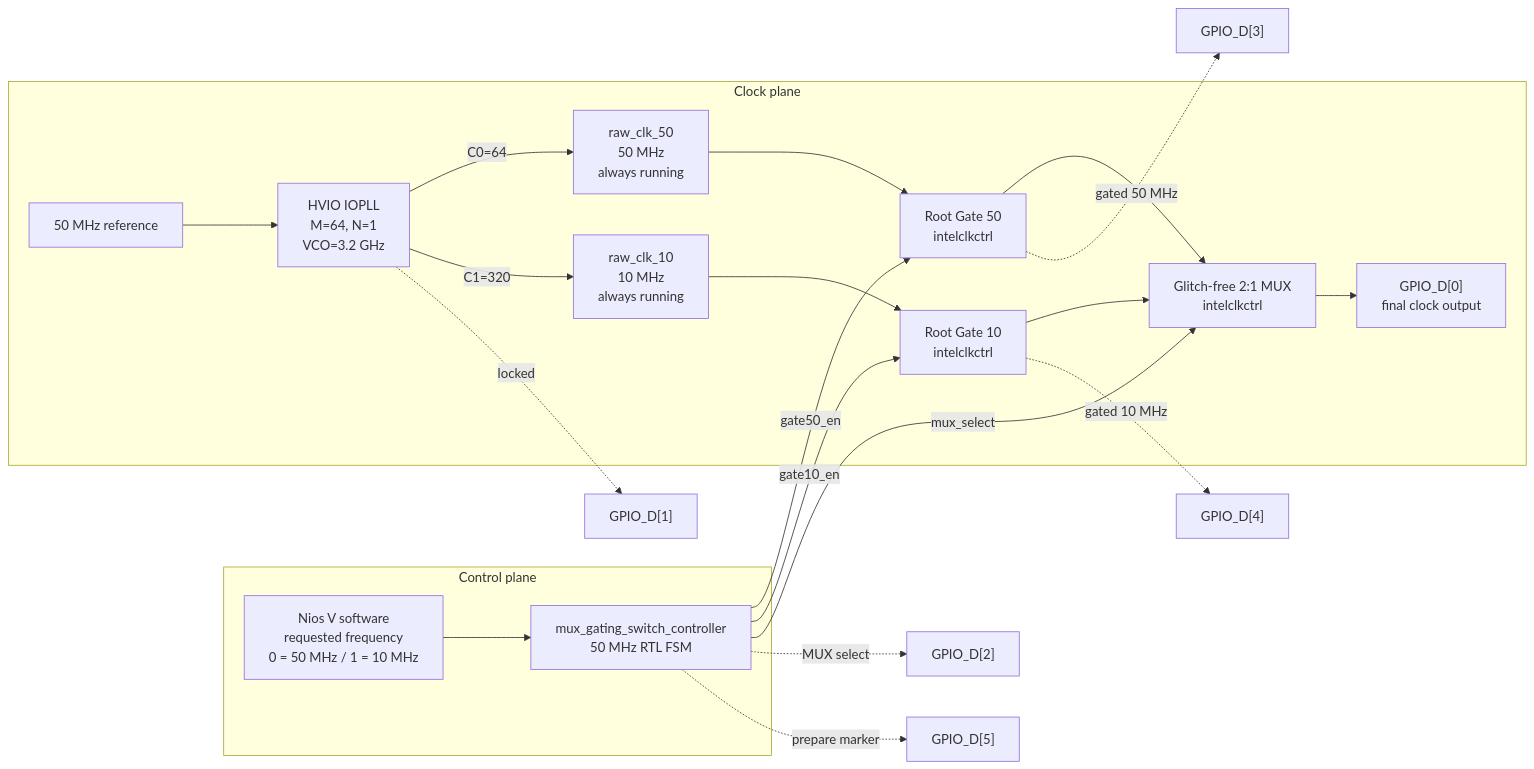
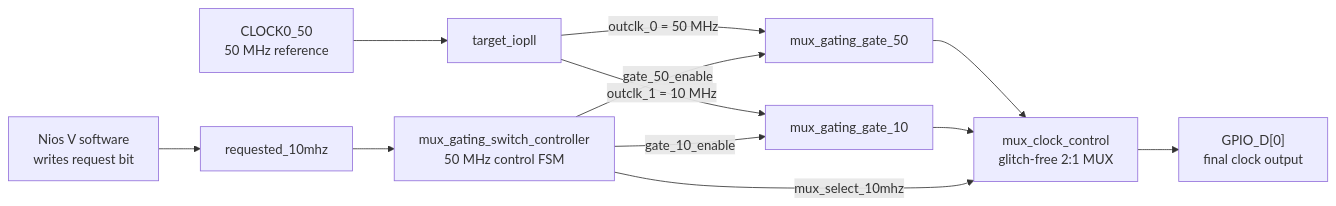
One commit to Jiayhocoding/iopll_niosv_50_10_mux_gating changed the first of 4 diagrams in README.md. Above: the diagram before and after it, drawn with Mermaid. The commit also changed other lines of this file, not shown here.

Commit message:
docs: realign README with current mux gating implementation

````diff
--- a/README.md
+++ b/README.md
@@ -44,29 +13,18 @@
 ```mermaid
 flowchart LR
-    subgraph CP["Control plane"]
-        SW["Nios V software<br/>requested frequency<br/>0 = 50 MHz / 1 = 10 MHz"]
-        FSM["mux_gating_switch_controller<br/>50 MHz RTL FSM"]
-        SW --> FSM
-    end
+    SW["Nios V software<br/>writes request bit"] --> REQ["requested_10mhz"]
+    REQ --> FSM["mux_gating_switch_controller<br/>50 MHz control FSM"]
 
-    subgraph KP["Clock plane"]
-        REF["50 MHz reference"] --> PLL["HVIO IOPLL<br/>M=64, N=1<br/>VCO=3.2 GHz"]
-        PLL -->|"C0=64"| RAW50["raw_clk_50<br/>50 MHz<br/>always running"]
-        PLL -->|"C1=320"| RAW10["raw_clk_10<br/>10 MHz<br/>always running"]
-        RAW50 --> G50["Root Gate 50<br/>intelclkctrl"]
-        RAW10 --> G10["Root Gate 10<br/>intelclkctrl"]
-        G50 --> MUX["Glitch-free 2:1 MUX<br/>intelclkctrl"]
-        G10 --> MUX
-        MUX --> OUT["GPIO_D[0]<br/>final clock output"]
-    end
+    REF["CLOCK0_50<br/>50 MHz reference"] --> PLL["target_iopll"]
+    PLL -->|"outclk_0 = 50 MHz"| G50["mux_gating_gate_50"]
+    PLL -->|"outclk_1 = 10 MHz"| G10["mux_gating_gate_10"]
 
-    FSM -->|"gate50_en"| G50
-    FSM -->|"gate10_en"| G10
-    FSM -->|"mux_select"| MUX
+    FSM -->|"gate_50_enable"| G50
+    FSM -->|"gate_10_enable"| G10
 
-    PLL -. "locked" .-> LOCK["GPIO_D[1]"]
-    FSM -. "MUX select" .-> SEL["GPIO_D[2]"]
-    G50 -. "gated 50 MHz" .-> D3["GPIO_D[3]"]
-    G10 -. "gated 10 MHz" .-> D4["GPIO_D[4]"]
-    FSM -. "prepare marker" .-> D5["GPIO_D[5]"]
+    G50 --> MUX["mux_clock_control<br/>glitch-free 2:1 MUX"]
+    G10 --> MUX
+    FSM -->|"mux_select_10mhz"| MUX
+
+    MUX --> OUT["GPIO_D[0]<br/>final clock output"]
 ```
````
